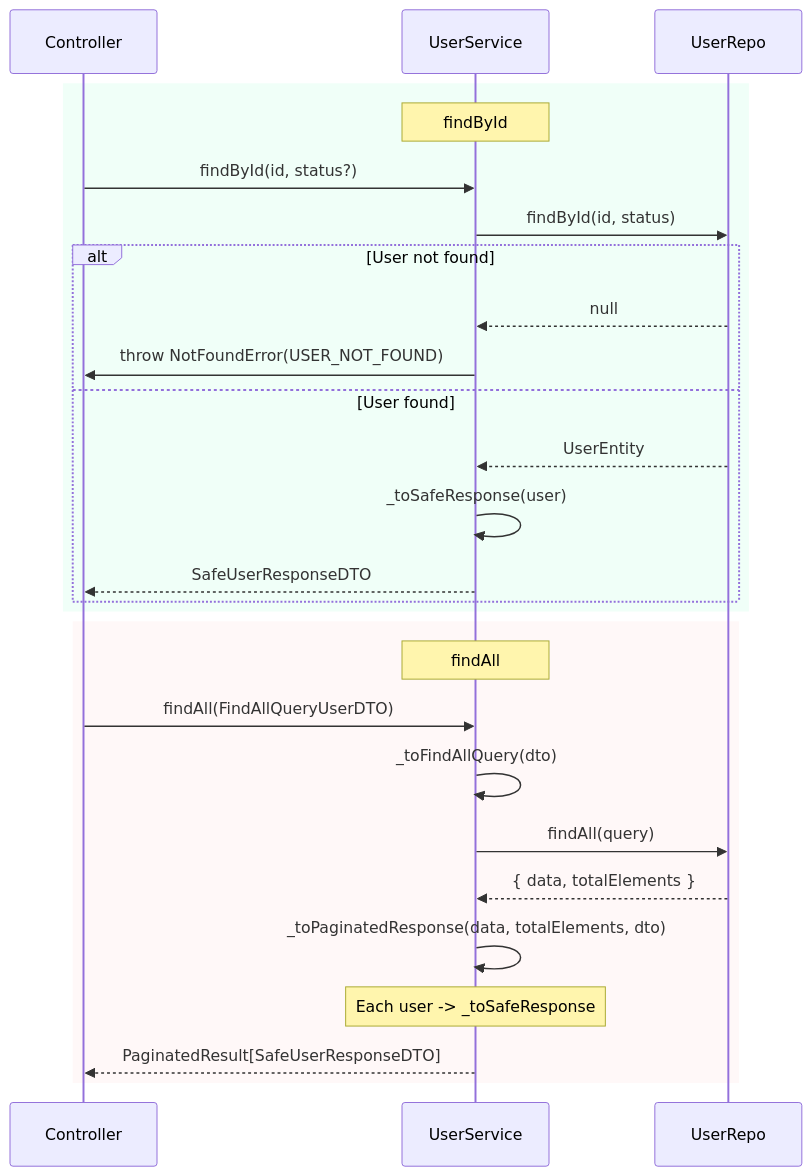
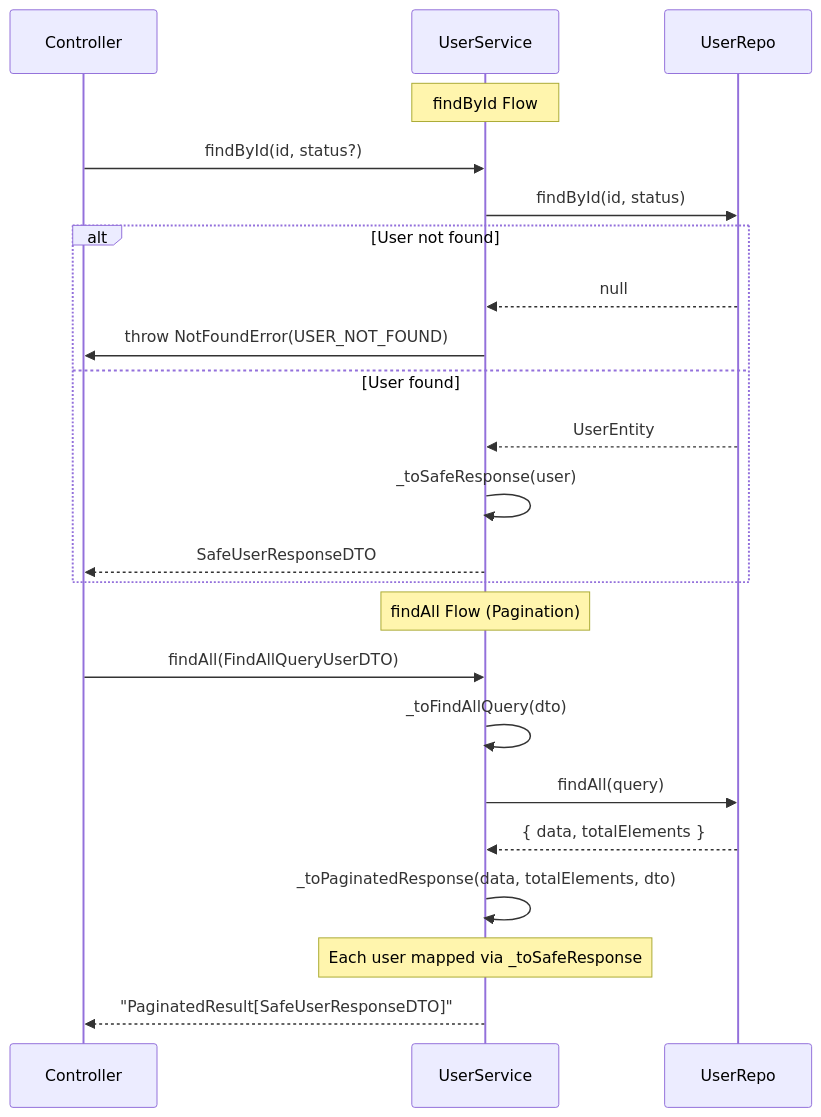
Before and after one commit to SangHynh/atomecom: the seventh of 8 diagrams in server/src/modules/users/README.md, drawn with Mermaid. The commit also changed other lines of this file, not shown here.

Commit message:
fix(docs): fix user module docs

````diff
--- a/server/src/modules/users/README.md
+++ b/server/src/modules/users/README.md
@@ -259,31 +251,27 @@
 ```mermaid
 sequenceDiagram
     participant C as Controller
     participant S as UserService
     participant R as UserRepo
 
-    rect rgb(240, 255, 248)
-        Note over S: findById
-        C->>S: findById(id, status?)
-        S->>R: findById(id, status)
-        alt User not found
-            R-->>S: null
-            S->>C: throw NotFoundError(USER_NOT_FOUND)
-        else User found
-            R-->>S: UserEntity
-            S->>S: _toSafeResponse(user)
-            S-->>C: SafeUserResponseDTO
-        end
+    Note over S: findById Flow
+    C->>S: findById(id, status?)
+    S->>R: findById(id, status)
+    alt User not found
+        R-->>S: null
+        S->>C: throw NotFoundError(USER_NOT_FOUND)
+    else User found
+        R-->>S: UserEntity
+        S->>S: _toSafeResponse(user)
+        S-->>C: SafeUserResponseDTO
     end
 
-    rect rgb(255, 248, 248)
-        Note over S: findAll
-        C->>S: findAll(FindAllQueryUserDTO)
-        S->>S: _toFindAllQuery(dto)
-        S->>R: findAll(query)
-        R-->>S: { data, totalElements }
-        S->>S: _toPaginatedResponse(data, totalElements, dto)
-        Note over S: Each user -> _toSafeResponse
-        S-->>C: PaginatedResult[SafeUserResponseDTO]
-    end
+    Note over S: findAll Flow (Pagination)
+    C->>S: findAll(FindAllQueryUserDTO)
+    S->>S: _toFindAllQuery(dto)
+    S->>R: findAll(query)
+    R-->>S: { data, totalElements }
+    S->>S: _toPaginatedResponse(data, totalElements, dto)
+    Note over S: Each user mapped via _toSafeResponse
+    S-->>C: "PaginatedResult[SafeUserResponseDTO]"
 ```
````
